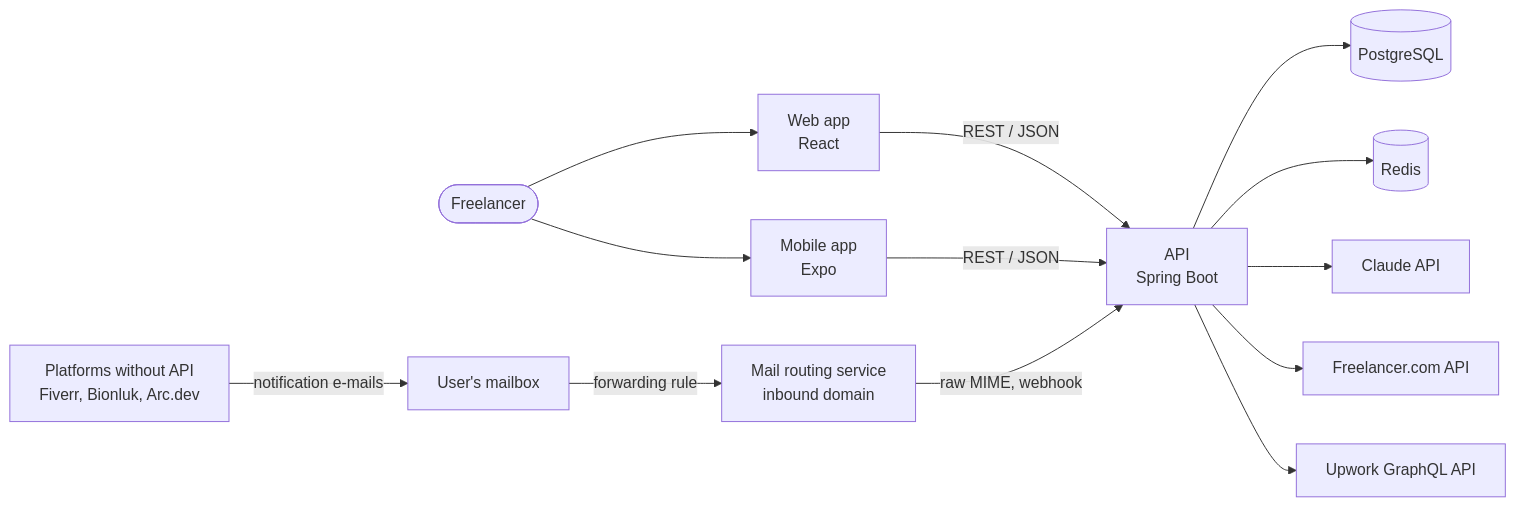
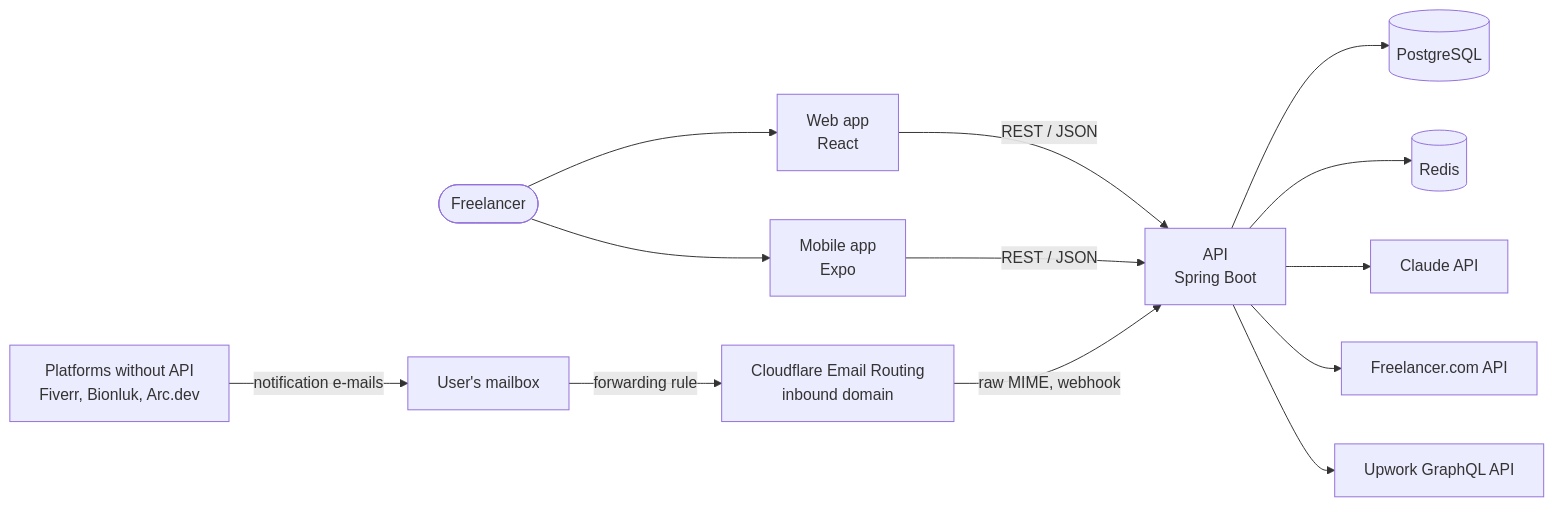
One commit to fcomoglu/freelance-command-center changed the first of 3 diagrams in docs/architecture.md. Above: the diagram before and after it, drawn with Mermaid. The commit also changed other lines of this file and 8 other files, not shown here.

````diff
--- a/docs/architecture.md
+++ b/docs/architecture.md
@@ -15,24 +15,24 @@
 ```mermaid
 flowchart LR
     user([Freelancer])
     web[Web app<br/>React]
     mobile[Mobile app<br/>Expo]
-    mail[Mail routing service<br/>inbound domain]
+    mail[Cloudflare Email Routing<br/>inbound domain]
     api[API<br/>Spring Boot]
     db[(PostgreSQL)]
     redis[(Redis)]
     claude[Claude API]
     flapi[Freelancer.com API]
     upapi[Upwork GraphQL API]
     sites[Platforms without API<br/>Fiverr, Bionluk, Arc.dev]
     mailbox[User's mailbox]
 
     user --> web & mobile
     web & mobile -->|REST / JSON| api
     api --> db & redis
     api --> claude
     api --> flapi & upapi
     sites -->|notification e-mails| mailbox
     mailbox -->|forwarding rule| mail
     mail -->|raw MIME, webhook| api
 ```
````
